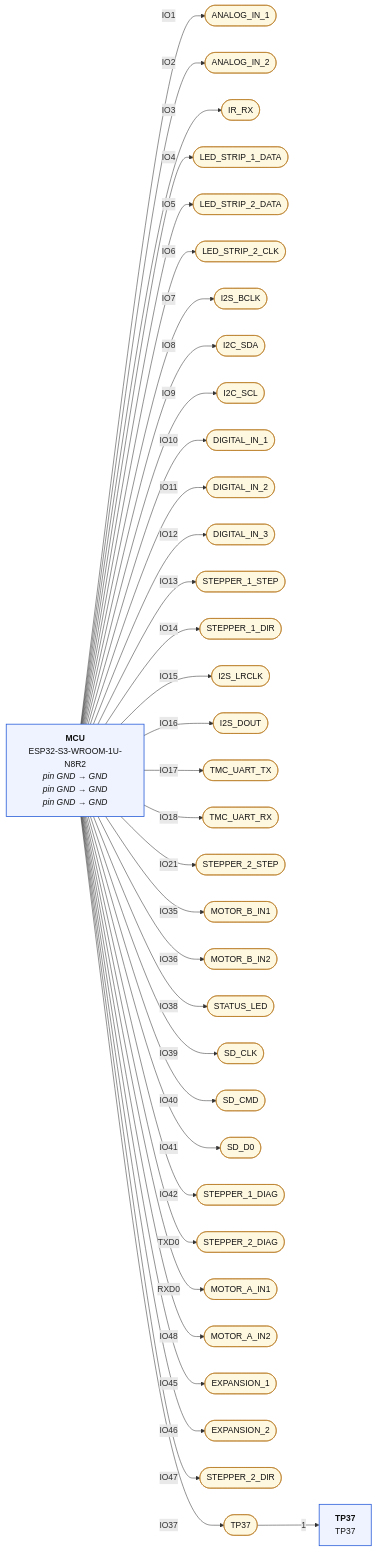
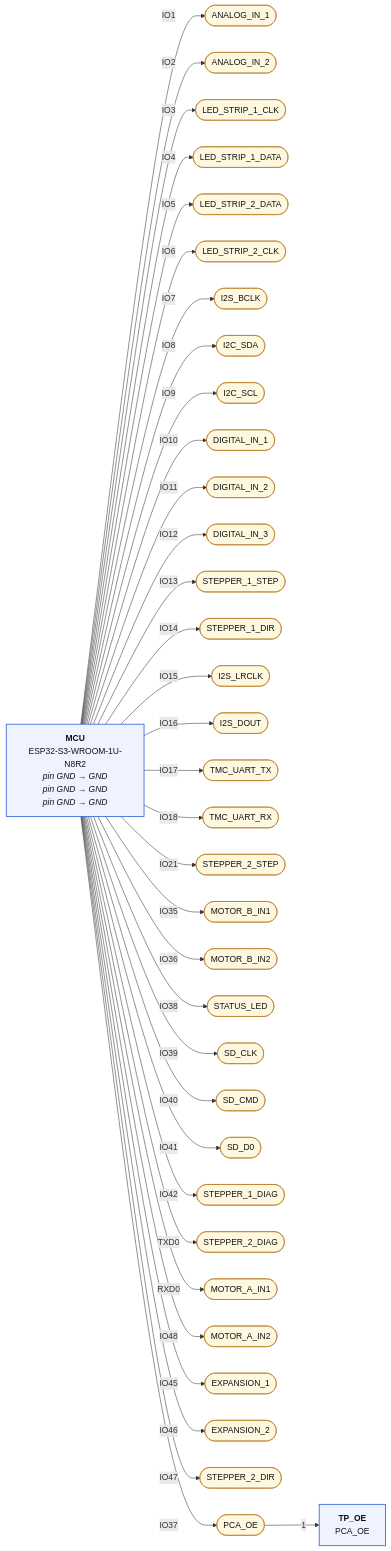
One commit to mrwillson2u/propmesh changed the third of 3 diagrams in hardware/pro/sheets/02-mcu-usb.diagram.md. Above: the diagram before and after it, drawn with Mermaid. The commit also changed other lines of this file and 59 other files, not shown here.

````diff
--- a/hardware/pro/sheets/02-mcu-usb.diagram.md
+++ b/hardware/pro/sheets/02-mcu-usb.diagram.md
@@ -104,79 +125,79 @@
 ```mermaid
 graph LR
   classDef part fill:#eef3ff,stroke:#2b5fd9,stroke-width:1.5px,color:#111
   classDef net fill:#fff8e1,stroke:#b7791f,color:#111
   classDef rail fill:#ffe0b2,stroke:#e65100,stroke-width:3px,color:#111,font-weight:bold
   classDef badnet fill:#ffe0e0,stroke:#c00,stroke-width:3px,color:#111,font-weight:bold
   classDef absent fill:#fff,stroke:#c00,stroke-width:2px,stroke-dasharray:6 4,color:#c00
   classDef extra fill:#ffecec,stroke:#c00,stroke-width:2px,color:#111
   classDef dnp fill:#f5f5f5,stroke:#999,stroke-dasharray:3 3,color:#666
   N_ANALOG_IN_1(["ANALOG_IN_1"]):::net
   P_MCU["<b>MCU</b><br/>ESP32-S3-WROOM-1U-N8R2<br/><i>pin GND → GND</i><br/><i>pin GND → GND</i><br/><i>pin GND → GND</i>"]:::part
   P_MCU --"IO1"--> N_ANALOG_IN_1
   N_ANALOG_IN_2(["ANALOG_IN_2"]):::net
   P_MCU --"IO2"--> N_ANALOG_IN_2
-  N_IR_RX(["IR_RX"]):::net
-  P_MCU --"IO3"--> N_IR_RX
+  N_LED_STRIP_1_CLK(["LED_STRIP_1_CLK"]):::net
+  P_MCU --"IO3"--> N_LED_STRIP_1_CLK
   N_LED_STRIP_1_DATA(["LED_STRIP_1_DATA"]):::net
   P_MCU --"IO4"--> N_LED_STRIP_1_DATA
   N_LED_STRIP_2_DATA(["LED_STRIP_2_DATA"]):::net
   P_MCU --"IO5"--> N_LED_STRIP_2_DATA
   N_LED_STRIP_2_CLK(["LED_STRIP_2_CLK"]):::net
   P_MCU --"IO6"--> N_LED_STRIP_2_CLK
   N_I2S_BCLK(["I2S_BCLK"]):::net
   P_MCU --"IO7"--> N_I2S_BCLK
   N_I2C_SDA(["I2C_SDA"]):::net
   P_MCU --"IO8"--> N_I2C_SDA
   N_I2C_SCL(["I2C_SCL"]):::net
   P_MCU --"IO9"--> N_I2C_SCL
   N_DIGITAL_IN_1(["DIGITAL_IN_1"]):::net
   P_MCU --"IO10"--> N_DIGITAL_IN_1
   N_DIGITAL_IN_2(["DIGITAL_IN_2"]):::net
   P_MCU --"IO11"--> N_DIGITAL_IN_2
   N_DIGITAL_IN_3(["DIGITAL_IN_3"]):::net
   P_MCU --"IO12"--> N_DIGITAL_IN_3
   N_STEPPER_1_STEP(["STEPPER_1_STEP"]):::net
   P_MCU --"IO13"--> N_STEPPER_1_STEP
   N_STEPPER_1_DIR(["STEPPER_1_DIR"]):::net
   P_MCU --"IO14"--> N_STEPPER_1_DIR
   N_I2S_LRCLK(["I2S_LRCLK"]):::net
   P_MCU --"IO15"--> N_I2S_LRCLK
   N_I2S_DOUT(["I2S_DOUT"]):::net
   P_MCU --"IO16"--> N_I2S_DOUT
   N_TMC_UART_TX(["TMC_UART_TX"]):::net
   P_MCU --"IO17"--> N_TMC_UART_TX
   N_TMC_UART_RX(["TMC_UART_RX"]):::net
   P_MCU --"IO18"--> N_TMC_UART_RX
   N_STEPPER_2_STEP(["STEPPER_2_STEP"]):::net
   P_MCU --"IO21"--> N_STEPPER_2_STEP
   N_MOTOR_B_IN1(["MOTOR_B_IN1"]):::net
   P_MCU --"IO35"--> N_MOTOR_B_IN1
   N_MOTOR_B_IN2(["MOTOR_B_IN2"]):::net
   P_MCU --"IO36"--> N_MOTOR_B_IN2
   N_STATUS_LED(["STATUS_LED"]):::net
   P_MCU --"IO38"--> N_STATUS_LED
   N_SD_CLK(["SD_CLK"]):::net
   P_MCU --"IO39"--> N_SD_CLK
   N_SD_CMD(["SD_CMD"]):::net
   P_MCU --"IO40"--> N_SD_CMD
   N_SD_D0(["SD_D0"]):::net
   P_MCU --"IO41"--> N_SD_D0
   N_STEPPER_1_DIAG(["STEPPER_1_DIAG"]):::net
   P_MCU --"IO42"--> N_STEPPER_1_DIAG
   N_STEPPER_2_DIAG(["STEPPER_2_DIAG"]):::net
   P_MCU --"TXD0"--> N_STEPPER_2_DIAG
   N_MOTOR_A_IN1(["MOTOR_A_IN1"]):::net
   P_MCU --"RXD0"--> N_MOTOR_A_IN1
   N_MOTOR_A_IN2(["MOTOR_A_IN2"]):::net
   P_MCU --"IO48"--> N_MOTOR_A_IN2
   N_EXPANSION_1(["EXPANSION_1"]):::net
   P_MCU --"IO45"--> N_EXPANSION_1
   N_EXPANSION_2(["EXPANSION_2"]):::net
   P_MCU --"IO46"--> N_EXPANSION_2
   N_STEPPER_2_DIR(["STEPPER_2_DIR"]):::net
   P_MCU --"IO47"--> N_STEPPER_2_DIR
-  N_TP37(["TP37"]):::net
-  P_MCU --"IO37"--> N_TP37
-  P_TP37["<b>TP37</b><br/>TP37"]:::part
-  N_TP37 --"1"--> P_TP37
+  N_PCA_OE(["PCA_OE"]):::net
+  P_MCU --"IO37"--> N_PCA_OE
+  P_TP_OE["<b>TP_OE</b><br/>PCA_OE"]:::part
+  N_PCA_OE --"1"--> P_TP_OE
 ```
````
